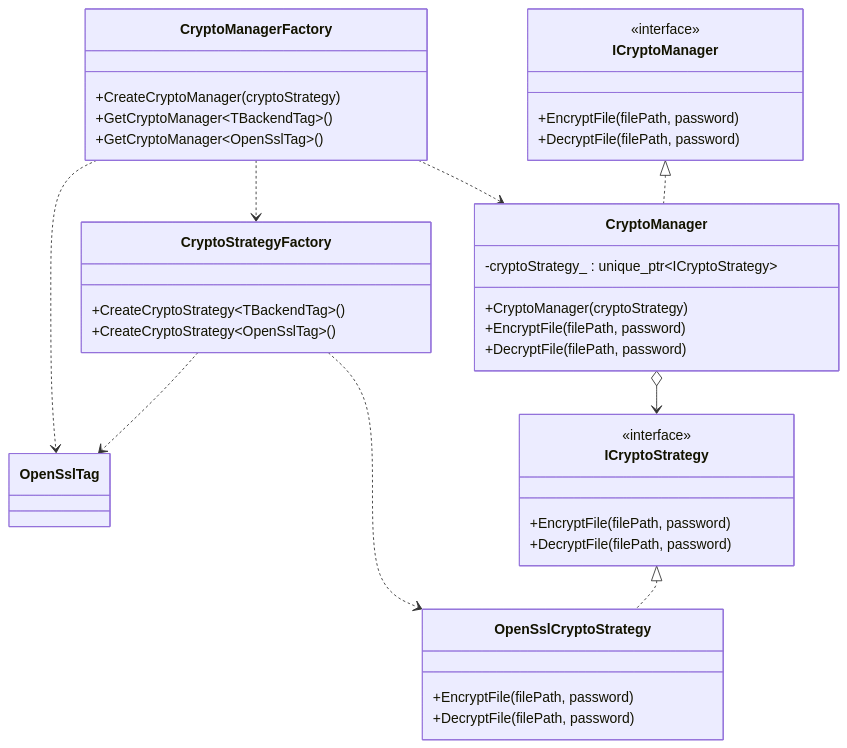
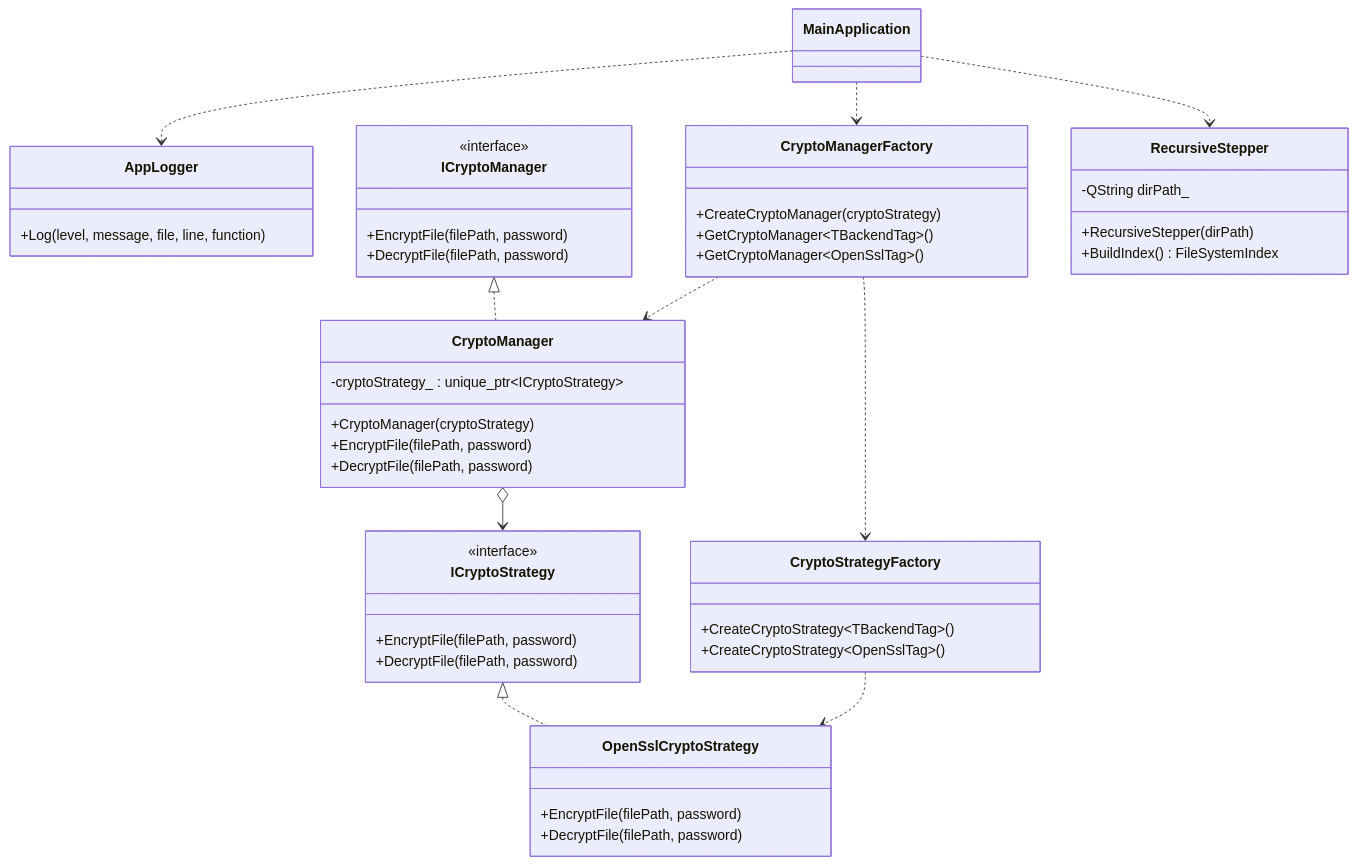
Before and after one commit to artoshechka/development_of_information_security_tools_lab_1: the diagram in README.md, drawn with Mermaid. The commit also changed 16 other files, not shown here.

````diff
--- a/README.md
+++ b/README.md
@@ -53,49 +54,60 @@
 ```mermaid
 classDiagram
-    class OpenSslTag
+    class MainApplication
 
     class ICryptoStrategy {
         <<interface>>
         +EncryptFile(filePath, password)
         +DecryptFile(filePath, password)
+    }
+
+    class AppLogger {
+        +Log(level, message, file, line, function)
     }
 
     class OpenSslCryptoStrategy {
         +EncryptFile(filePath, password)
         +DecryptFile(filePath, password)
     }
 
     class ICryptoManager {
         <<interface>>
         +EncryptFile(filePath, password)
         +DecryptFile(filePath, password)
     }
 
     class CryptoManager {
         -cryptoStrategy_ : unique_ptr~ICryptoStrategy~
         +CryptoManager(cryptoStrategy)
         +EncryptFile(filePath, password)
         +DecryptFile(filePath, password)
     }
 
     class CryptoStrategyFactory {
         +CreateCryptoStrategy~TBackendTag~()
         +CreateCryptoStrategy~OpenSslTag~()
     }
 
     class CryptoManagerFactory {
         +CreateCryptoManager(cryptoStrategy)
         +GetCryptoManager~TBackendTag~()
         +GetCryptoManager~OpenSslTag~()
     }
 
+    class RecursiveStepper {
+        -QString dirPath_
+        +RecursiveStepper(dirPath)
+        +BuildIndex() FileSystemIndex
+    }
+
     ICryptoManager <|.. CryptoManager
     ICryptoStrategy <|.. OpenSslCryptoStrategy
     CryptoManager o--> ICryptoStrategy
+    MainApplication ..> AppLogger
+    MainApplication ..> CryptoManagerFactory
+    MainApplication ..> RecursiveStepper
 
     CryptoManagerFactory ..> CryptoStrategyFactory
     CryptoManagerFactory ..> CryptoManager
-    CryptoStrategyFactory ..> OpenSslTag
-    CryptoManagerFactory ..> OpenSslTag
     CryptoStrategyFactory ..> OpenSslCryptoStrategy
 ```
````
